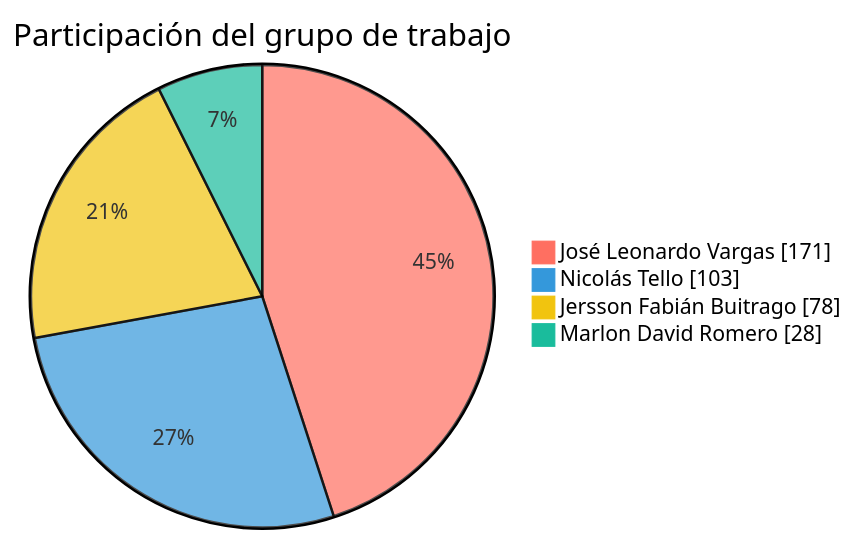
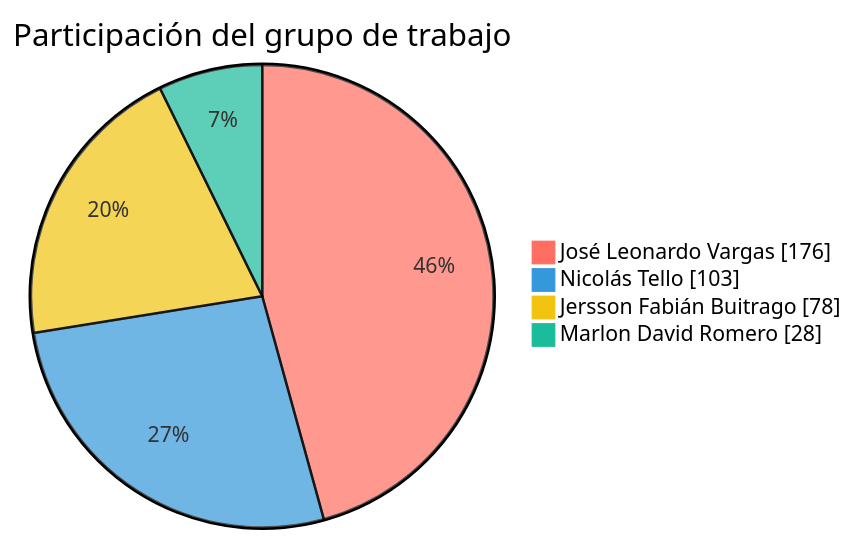
Before and after one commit to FarmaExpres/FarmaExpres: the first of 2 diagrams in README.md, drawn with Mermaid. The commit also changed other lines of this file and 1 other file, not shown here.

````diff
--- a/README.md
+++ b/README.md
@@ -389,9 +389,9 @@
 ```mermaid
 %%{init: {"themeVariables": {"pie1": "#ff6f61", "pie2": "#3498db", "pie3": "#f1c40f", "pie4": "#1abc9c", "pieLabelColor": "#000000", "pieLabelFontSize": "24px", "pieLabelFontWeight": "700"}}}%%
 pie showData
     title Participación del grupo de trabajo
-    "José Leonardo Vargas" : 171
+    "José Leonardo Vargas" : 176
     "Nicolás Tello" : 103
     "Jersson Fabián Buitrago" : 78
     "Marlon David Romero" : 28
 ```
````
